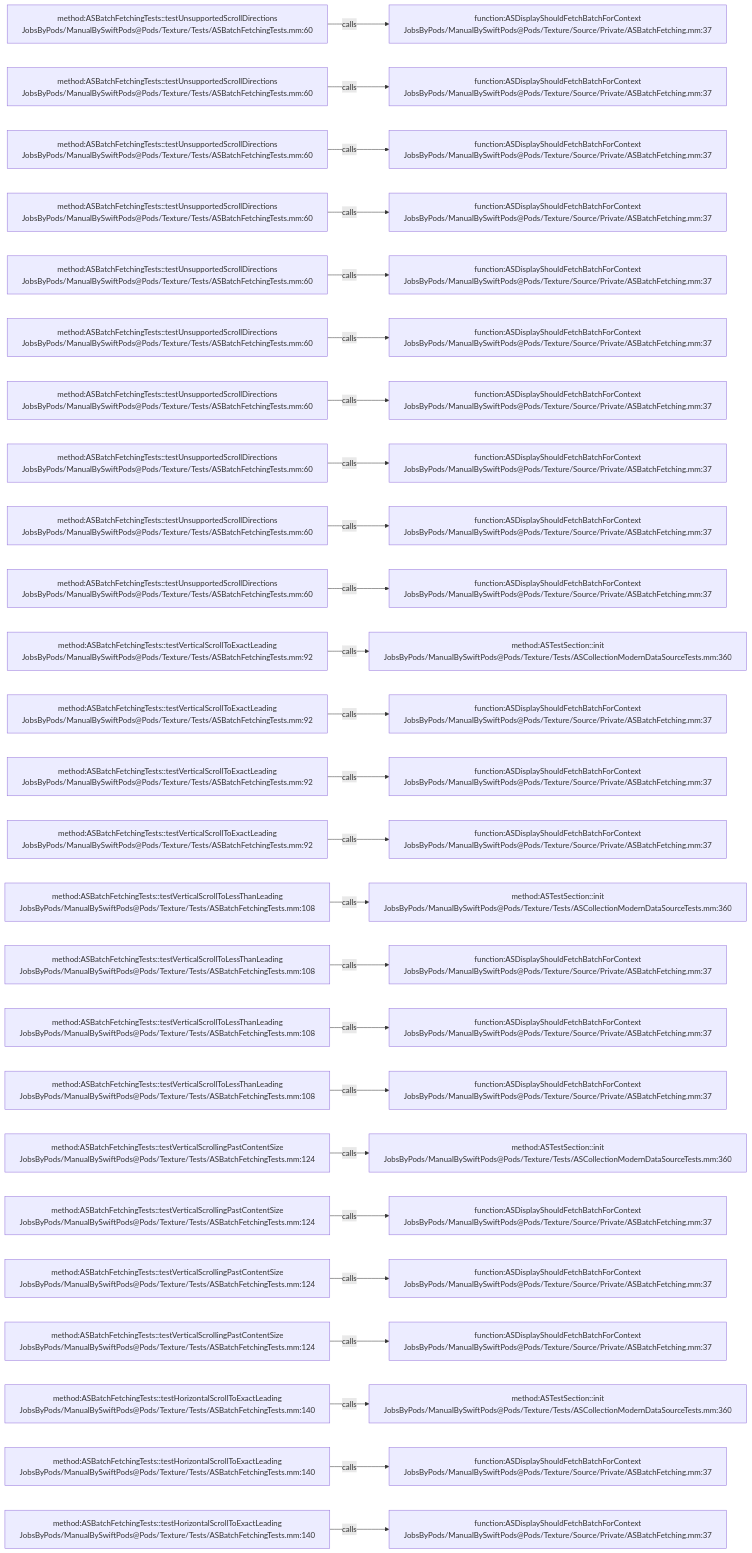
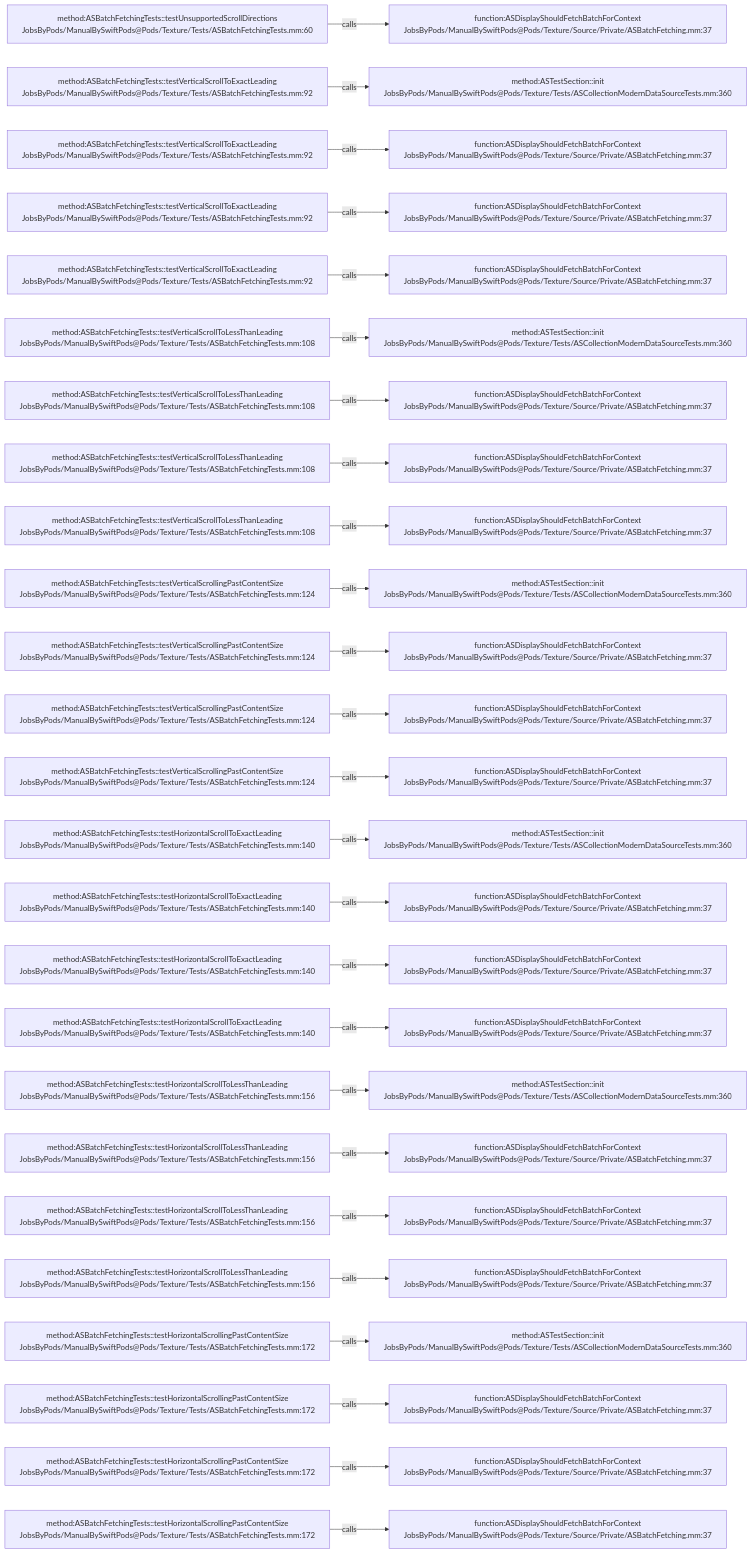
Before and after one commit to JobsKits/JobsSwiftBaseConfigDemo: the diagram in .codegraph/codegraph.md/graphs/calls-162.md, drawn with Mermaid. The commit also changed 707 other files, not shown here.

````diff
--- a/.codegraph/codegraph.md/graphs/calls-162.md
+++ b/.codegraph/codegraph.md/graphs/calls-162.md
@@ -13,78 +13,78 @@
 ```mermaid
 flowchart LR
   S1["method:ASBatchFetchingTests::testUnsupportedScrollDirections<br/>JobsByPods/ManualBySwiftPods@Pods/Texture/Tests/ASBatchFetchingTests.mm:60"]
   T1["function:ASDisplayShouldFetchBatchForContext<br/>JobsByPods/ManualBySwiftPods@Pods/Texture/Source/Private/ASBatchFetching.mm:37"]
   S1 -->|calls| T1
-  S2["method:ASBatchFetchingTests::testUnsupportedScrollDirections<br/>JobsByPods/ManualBySwiftPods@Pods/Texture/Tests/ASBatchFetchingTests.mm:60"]
-  T2["function:ASDisplayShouldFetchBatchForContext<br/>JobsByPods/ManualBySwiftPods@Pods/Texture/Source/Private/ASBatchFetching.mm:37"]
+  S2["method:ASBatchFetchingTests::testVerticalScrollToExactLeading<br/>JobsByPods/ManualBySwiftPods@Pods/Texture/Tests/ASBatchFetchingTests.mm:92"]
+  T2["method:ASTestSection::init<br/>JobsByPods/ManualBySwiftPods@Pods/Texture/Tests/ASCollectionModernDataSourceTests.mm:360"]
   S2 -->|calls| T2
-  S3["method:ASBatchFetchingTests::testUnsupportedScrollDirections<br/>JobsByPods/ManualBySwiftPods@Pods/Texture/Tests/ASBatchFetchingTests.mm:60"]
+  S3["method:ASBatchFetchingTests::testVerticalScrollToExactLeading<br/>JobsByPods/ManualBySwiftPods@Pods/Texture/Tests/ASBatchFetchingTests.mm:92"]
   T3["function:ASDisplayShouldFetchBatchForContext<br/>JobsByPods/ManualBySwiftPods@Pods/Texture/Source/Private/ASBatchFetching.mm:37"]
   S3 -->|calls| T3
-  S4["method:ASBatchFetchingTests::testUnsupportedScrollDirections<br/>JobsByPods/ManualBySwiftPods@Pods/Texture/Tests/ASBatchFetchingTests.mm:60"]
+  S4["method:ASBatchFetchingTests::testVerticalScrollToExactLeading<br/>JobsByPods/ManualBySwiftPods@Pods/Texture/Tests/ASBatchFetchingTests.mm:92"]
   T4["function:ASDisplayShouldFetchBatchForContext<br/>JobsByPods/ManualBySwiftPods@Pods/Texture/Source/Private/ASBatchFetching.mm:37"]
   S4 -->|calls| T4
-  S5["method:ASBatchFetchingTests::testUnsupportedScrollDirections<br/>JobsByPods/ManualBySwiftPods@Pods/Texture/Tests/ASBatchFetchingTests.mm:60"]
+  S5["method:ASBatchFetchingTests::testVerticalScrollToExactLeading<br/>JobsByPods/ManualBySwiftPods@Pods/Texture/Tests/ASBatchFetchingTests.mm:92"]
   T5["function:ASDisplayShouldFetchBatchForContext<br/>JobsByPods/ManualBySwiftPods@Pods/Texture/Source/Private/ASBatchFetching.mm:37"]
   S5 -->|calls| T5
-  S6["method:ASBatchFetchingTests::testUnsupportedScrollDirections<br/>JobsByPods/ManualBySwiftPods@Pods/Texture/Tests/ASBatchFetchingTests.mm:60"]
-  T6["function:ASDisplayShouldFetchBatchForContext<br/>JobsByPods/ManualBySwiftPods@Pods/Texture/Source/Private/ASBatchFetching.mm:37"]
+  S6["method:ASBatchFetchingTests::testVerticalScrollToLessThanLeading<br/>JobsByPods/ManualBySwiftPods@Pods/Texture/Tests/ASBatchFetchingTests.mm:108"]
+  T6["method:ASTestSection::init<br/>JobsByPods/ManualBySwiftPods@Pods/Texture/Tests/ASCollectionModernDataSourceTests.mm:360"]
   S6 -->|calls| T6
-  S7["method:ASBatchFetchingTests::testUnsupportedScrollDirections<br/>JobsByPods/ManualBySwiftPods@Pods/Texture/Tests/ASBatchFetchingTests.mm:60"]
+  S7["method:ASBatchFetchingTests::testVerticalScrollToLessThanLeading<br/>JobsByPods/ManualBySwiftPods@Pods/Texture/Tests/ASBatchFetchingTests.mm:108"]
   T7["function:ASDisplayShouldFetchBatchForContext<br/>JobsByPods/ManualBySwiftPods@Pods/Texture/Source/Private/ASBatchFetching.mm:37"]
   S7 -->|calls| T7
-  S8["method:ASBatchFetchingTests::testUnsupportedScrollDirections<br/>JobsByPods/ManualBySwiftPods@Pods/Texture/Tests/ASBatchFetchingTests.mm:60"]
+  S8["method:ASBatchFetchingTests::testVerticalScrollToLessThanLeading<br/>JobsByPods/ManualBySwiftPods@Pods/Texture/Tests/ASBatchFetchingTests.mm:108"]
   T8["function:ASDisplayShouldFetchBatchForContext<br/>JobsByPods/ManualBySwiftPods@Pods/Texture/Source/Private/ASBatchFetching.mm:37"]
   S8 -->|calls| T8
-  S9["method:ASBatchFetchingTests::testUnsupportedScrollDirections<br/>JobsByPods/ManualBySwiftPods@Pods/Texture/Tests/ASBatchFetchingTests.mm:60"]
+  S9["method:ASBatchFetchingTests::testVerticalScrollToLessThanLeading<br/>JobsByPods/ManualBySwiftPods@Pods/Texture/Tests/ASBatchFetchingTests.mm:108"]
   T9["function:ASDisplayShouldFetchBatchForContext<br/>JobsByPods/ManualBySwiftPods@Pods/Texture/Source/Private/ASBatchFetching.mm:37"]
   S9 -->|calls| T9
-  S10["method:ASBatchFetchingTests::testUnsupportedScrollDirections<br/>JobsByPods/ManualBySwiftPods@Pods/Texture/Tests/ASBatchFetchingTests.mm:60"]
-  T10["function:ASDisplayShouldFetchBatchForContext<br/>JobsByPods/ManualBySwiftPods@Pods/Texture/Source/Private/ASBatchFetching.mm:37"]
+  S10["method:ASBatchFetchingTests::testVerticalScrollingPastContentSize<br/>JobsByPods/ManualBySwiftPods@Pods/Texture/Tests/ASBatchFetchingTests.mm:124"]
+  T10["method:ASTestSection::init<br/>JobsByPods/ManualBySwiftPods@Pods/Texture/Tests/ASCollectionModernDataSourceTests.mm:360"]
   S10 -->|calls| T10
-  S11["method:ASBatchFetchingTests::testVerticalScrollToExactLeading<br/>JobsByPods/ManualBySwiftPods@Pods/Texture/Tests/ASBatchFetchingTests.mm:92"]
-  T11["method:ASTestSection::init<br/>JobsByPods/ManualBySwiftPods@Pods/Texture/Tests/ASCollectionModernDataSourceTests.mm:360"]
+  S11["method:ASBatchFetchingTests::testVerticalScrollingPastContentSize<br/>JobsByPods/ManualBySwiftPods@Pods/Texture/Tests/ASBatchFetchingTests.mm:124"]
+  T11["function:ASDisplayShouldFetchBatchForContext<br/>JobsByPods/ManualBySwiftPods@Pods/Texture/Source/Private/ASBatchFetching.mm:37"]
   S11 -->|calls| T11
-  S12["method:ASBatchFetchingTests::testVerticalScrollToExactLeading<br/>JobsByPods/ManualBySwiftPods@Pods/Texture/Tests/ASBatchFetchingTests.mm:92"]
+  S12["method:ASBatchFetchingTests::testVerticalScrollingPastContentSize<br/>JobsByPods/ManualBySwiftPods@Pods/Texture/Tests/ASBatchFetchingTests.mm:124"]
   T12["function:ASDisplayShouldFetchBatchForContext<br/>JobsByPods/ManualBySwiftPods@Pods/Texture/Source/Private/ASBatchFetching.mm:37"]
   S12 -->|calls| T12
-  S13["method:ASBatchFetchingTests::testVerticalScrollToExactLeading<br/>JobsByPods/ManualBySwiftPods@Pods/Texture/Tests/ASBatchFetchingTests.mm:92"]
+  S13["method:ASBatchFetchingTests::testVerticalScrollingPastContentSize<br/>JobsByPods/ManualBySwiftPods@Pods/Texture/Tests/ASBatchFetchingTests.mm:124"]
   T13["function:ASDisplayShouldFetchBatchForContext<br/>JobsByPods/ManualBySwiftPods@Pods/Texture/Source/Private/ASBatchFetching.mm:37"]
   S13 -->|calls| T13
-  S14["method:ASBatchFetchingTests::testVerticalScrollToExactLeading<br/>JobsByPods/ManualBySwiftPods@Pods/Texture/Tests/ASBatchFetchingTests.mm:92"]
-  T14["function:ASDisplayShouldFetchBatchForContext<br/>JobsByPods/ManualBySwiftPods@Pods/Texture/Source/Private/ASBatchFetching.mm:37"]
+  S14["method:ASBatchFetchingTests::testHorizontalScrollToExactLeading<br/>JobsByPods/ManualBySwiftPods@Pods/Texture/Tests/ASBatchFetchingTests.mm:140"]
+  T14["method:ASTestSection::init<br/>JobsByPods/ManualBySwiftPods@Pods/Texture/Tests/ASCollectionModernDataSourceTests.mm:360"]
   S14 -->|calls| T14
-  S15["method:ASBatchFetchingTests::testVerticalScrollToLessThanLeading<br/>JobsByPods/ManualBySwiftPods@Pods/Texture/Tests/ASBatchFetchingTests.mm:108"]
-  T15["method:ASTestSection::init<br/>JobsByPods/ManualBySwiftPods@Pods/Texture/Tests/ASCollectionModernDataSourceTests.mm:360"]
+  S15["method:ASBatchFetchingTests::testHorizontalScrollToExactLeading<br/>JobsByPods/ManualBySwiftPods@Pods/Texture/Tests/ASBatchFetchingTests.mm:140"]
+  T15["function:ASDisplayShouldFetchBatchForContext<br/>JobsByPods/ManualBySwiftPods@Pods/Texture/Source/Private/ASBatchFetching.mm:37"]
   S15 -->|calls| T15
-  S16["method:ASBatchFetchingTests::testVerticalScrollToLessThanLeading<br/>JobsByPods/ManualBySwiftPods@Pods/Texture/Tests/ASBatchFetchingTests.mm:108"]
+  S16["method:ASBatchFetchingTests::testHorizontalScrollToExactLeading<br/>JobsByPods/ManualBySwiftPods@Pods/Texture/Tests/ASBatchFetchingTests.mm:140"]
   T16["function:ASDisplayShouldFetchBatchForContext<br/>JobsByPods/ManualBySwiftPods@Pods/Texture/Source/Private/ASBatchFetching.mm:37"]
   S16 -->|calls| T16
-  S17["method:ASBatchFetchingTests::testVerticalScrollToLessThanLeading<br/>JobsByPods/ManualBySwiftPods@Pods/Texture/Tests/ASBatchFetchingTests.mm:108"]
+  S17["method:ASBatchFetchingTests::testHorizontalScrollToExactLeading<br/>JobsByPods/ManualBySwiftPods@Pods/Texture/Tests/ASBatchFetchingTests.mm:140"]
   T17["function:ASDisplayShouldFetchBatchForContext<br/>JobsByPods/ManualBySwiftPods@Pods/Texture/Source/Private/ASBatchFetching.mm:37"]
   S17 -->|calls| T17
-  S18["method:ASBatchFetchingTests::testVerticalScrollToLessThanLeading<br/>JobsByPods/ManualBySwiftPods@Pods/Texture/Tests/ASBatchFetchingTests.mm:108"]
-  T18["function:ASDisplayShouldFetchBatchForContext<br/>JobsByPods/ManualBySwiftPods@Pods/Texture/Source/Private/ASBatchFetching.mm:37"]
+  S18["method:ASBatchFetchingTests::testHorizontalScrollToLessThanLeading<br/>JobsByPods/ManualBySwiftPods@Pods/Texture/Tests/ASBatchFetchingTests.mm:156"]
+  T18["method:ASTestSection::init<br/>JobsByPods/ManualBySwiftPods@Pods/Texture/Tests/ASCollectionModernDataSourceTests.mm:360"]
   S18 -->|calls| T18
-  S19["method:ASBatchFetchingTests::testVerticalScrollingPastContentSize<br/>JobsByPods/ManualBySwiftPods@Pods/Texture/Tests/ASBatchFetchingTests.mm:124"]
-  T19["method:ASTestSection::init<br/>JobsByPods/ManualBySwiftPods@Pods/Texture/Tests/ASCollectionModernDataSourceTests.mm:360"]
+  S19["method:ASBatchFetchingTests::testHorizontalScrollToLessThanLeading<br/>JobsByPods/ManualBySwiftPods@Pods/Texture/Tests/ASBatchFetchingTests.mm:156"]
+  T19["function:ASDisplayShouldFetchBatchForContext<br/>JobsByPods/ManualBySwiftPods@Pods/Texture/Source/Private/ASBatchFetching.mm:37"]
   S19 -->|calls| T19
-  S20["method:ASBatchFetchingTests::testVerticalScrollingPastContentSize<br/>JobsByPods/ManualBySwiftPods@Pods/Texture/Tests/ASBatchFetchingTests.mm:124"]
+  S20["method:ASBatchFetchingTests::testHorizontalScrollToLessThanLeading<br/>JobsByPods/ManualBySwiftPods@Pods/Texture/Tests/ASBatchFetchingTests.mm:156"]
   T20["function:ASDisplayShouldFetchBatchForContext<br/>JobsByPods/ManualBySwiftPods@Pods/Texture/Source/Private/ASBatchFetching.mm:37"]
   S20 -->|calls| T20
-  S21["method:ASBatchFetchingTests::testVerticalScrollingPastContentSize<br/>JobsByPods/ManualBySwiftPods@Pods/Texture/Tests/ASBatchFetchingTests.mm:124"]
+  S21["method:ASBatchFetchingTests::testHorizontalScrollToLessThanLeading<br/>JobsByPods/ManualBySwiftPods@Pods/Texture/Tests/ASBatchFetchingTests.mm:156"]
   T21["function:ASDisplayShouldFetchBatchForContext<br/>JobsByPods/ManualBySwiftPods@Pods/Texture/Source/Private/ASBatchFetching.mm:37"]
   S21 -->|calls| T21
-  S22["method:ASBatchFetchingTests::testVerticalScrollingPastContentSize<br/>JobsByPods/ManualBySwiftPods@Pods/Texture/Tests/ASBatchFetchingTests.mm:124"]
-  T22["function:ASDisplayShouldFetchBatchForContext<br/>JobsByPods/ManualBySwiftPods@Pods/Texture/Source/Private/ASBatchFetching.mm:37"]
+  S22["method:ASBatchFetchingTests::testHorizontalScrollingPastContentSize<br/>JobsByPods/ManualBySwiftPods@Pods/Texture/Tests/ASBatchFetchingTests.mm:172"]
+  T22["method:ASTestSection::init<br/>JobsByPods/ManualBySwiftPods@Pods/Texture/Tests/ASCollectionModernDataSourceTests.mm:360"]
   S22 -->|calls| T22
-  S23["method:ASBatchFetchingTests::testHorizontalScrollToExactLeading<br/>JobsByPods/ManualBySwiftPods@Pods/Texture/Tests/ASBatchFetchingTests.mm:140"]
-  T23["method:ASTestSection::init<br/>JobsByPods/ManualBySwiftPods@Pods/Texture/Tests/ASCollectionModernDataSourceTests.mm:360"]
+  S23["method:ASBatchFetchingTests::testHorizontalScrollingPastContentSize<br/>JobsByPods/ManualBySwiftPods@Pods/Texture/Tests/ASBatchFetchingTests.mm:172"]
+  T23["function:ASDisplayShouldFetchBatchForContext<br/>JobsByPods/ManualBySwiftPods@Pods/Texture/Source/Private/ASBatchFetching.mm:37"]
   S23 -->|calls| T23
-  S24["method:ASBatchFetchingTests::testHorizontalScrollToExactLeading<br/>JobsByPods/ManualBySwiftPods@Pods/Texture/Tests/ASBatchFetchingTests.mm:140"]
+  S24["method:ASBatchFetchingTests::testHorizontalScrollingPastContentSize<br/>JobsByPods/ManualBySwiftPods@Pods/Texture/Tests/ASBatchFetchingTests.mm:172"]
   T24["function:ASDisplayShouldFetchBatchForContext<br/>JobsByPods/ManualBySwiftPods@Pods/Texture/Source/Private/ASBatchFetching.mm:37"]
   S24 -->|calls| T24
-  S25["method:ASBatchFetchingTests::testHorizontalScrollToExactLeading<br/>JobsByPods/ManualBySwiftPods@Pods/Texture/Tests/ASBatchFetchingTests.mm:140"]
+  S25["method:ASBatchFetchingTests::testHorizontalScrollingPastContentSize<br/>JobsByPods/ManualBySwiftPods@Pods/Texture/Tests/ASBatchFetchingTests.mm:172"]
   T25["function:ASDisplayShouldFetchBatchForContext<br/>JobsByPods/ManualBySwiftPods@Pods/Texture/Source/Private/ASBatchFetching.mm:37"]
   S25 -->|calls| T25
 ```
````
